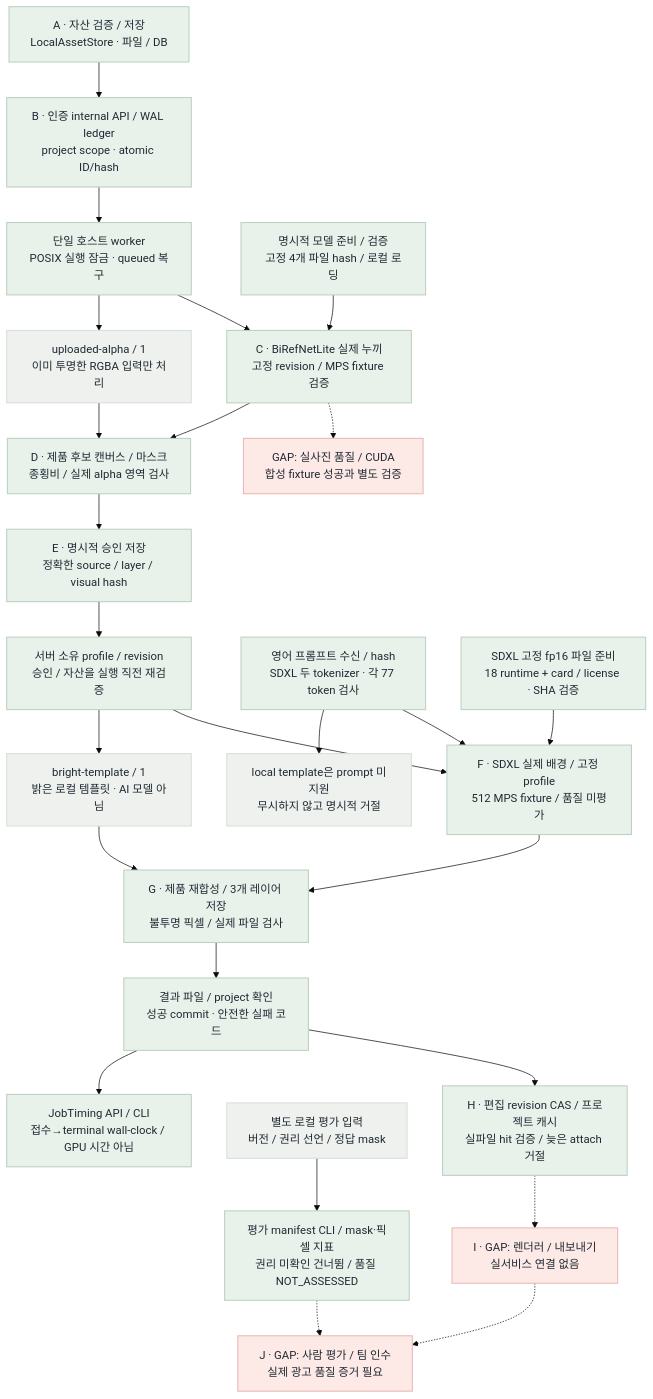
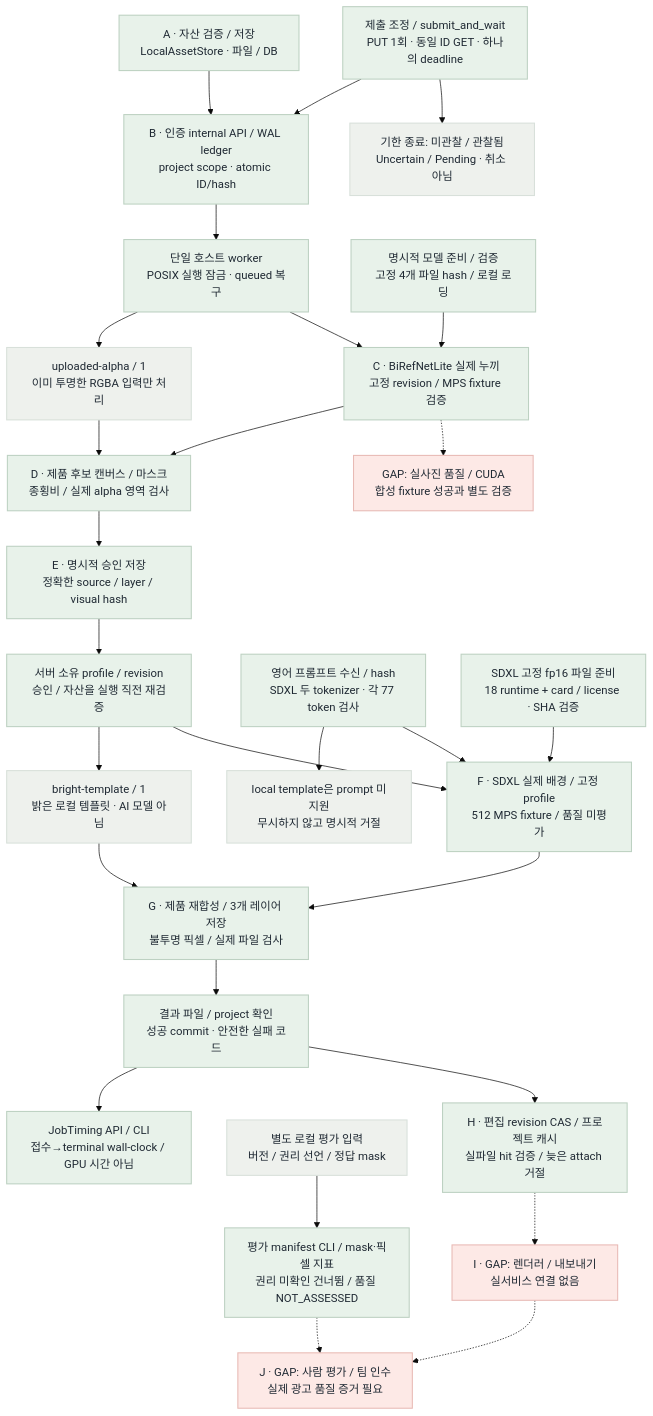
Before and after one commit to uyt5041-lab/beauty-ai-models: the second of 2 diagrams in fivecircles/architecture/spec/image-runtime-flow.md, drawn with Mermaid (base theme). The commit also changed other lines of this file and 20 other files, not shown here.

````diff
--- a/fivecircles/architecture/spec/image-runtime-flow.md
+++ b/fivecircles/architecture/spec/image-runtime-flow.md
@@ -39,42 +39,46 @@
 ```mermaid
 flowchart TB
     A["A · 자산 검증 / 저장<br/>LocalAssetStore · 파일 / DB"]:::green
     B["B · 인증 internal API / WAL ledger<br/>project scope · atomic ID/hash"]:::green
+    O["제출 조정 / submit_and_wait<br/>PUT 1회 · 동일 ID GET · 하나의 deadline"]:::green
+    Y["기한 종료: 미관찰 / 관찰됨<br/>Uncertain / Pending · 취소 아님"]:::gray
     W["단일 호스트 worker<br/>POSIX 실행 잠금 · queued 복구"]:::green
     U["uploaded-alpha / 1<br/>이미 투명한 RGBA 입력만 처리"]:::gray
     C["C · BiRefNetLite 실제 누끼<br/>고정 revision / MPS fixture 검증"]:::green
     D["D · 제품 후보 캔버스 / 마스크<br/>종횡비 / 실제 alpha 영역 검사"]:::green
     E["E · 명시적 승인 저장<br/>정확한 source / layer / visual hash"]:::green
     P["서버 소유 profile / revision<br/>승인 / 자산을 실행 직전 재검증"]:::green
     T["bright-template / 1<br/>밝은 로컬 템플릿 · AI 모델 아님"]:::gray
     F["F · SDXL 실제 배경 / 고정 profile<br/>512 MPS fixture / 품질 미평가"]:::green
     G["G · 제품 재합성 / 3개 레이어 저장<br/>불투명 픽셀 / 실제 파일 검사"]:::green
     R["결과 파일 / project 확인<br/>성공 commit · 안전한 실패 코드"]:::green
     H["H · 편집 revision CAS / 프로젝트 캐시<br/>실파일 hit 검증 / 늦은 attach 거절"]:::green
     I["I · GAP: 렌더러 / 내보내기<br/>실서비스 연결 없음"]:::red
     J["J · GAP: 사람 평가 / 팀 인수<br/>실제 광고 품질 증거 필요"]:::red
     Q["영어 프롬프트 수신 / hash<br/>SDXL 두 tokenizer · 각 77 token 검사"]:::green
     X["local template은 prompt 미지원<br/>무시하지 않고 명시적 거절"]:::gray
     V["별도 로컬 평가 입력<br/>버전 / 권리 선언 / 정답 mask"]:::gray
     K["평가 manifest CLI / mask·픽셀 지표<br/>권리 미확인 건너뜀 / 품질 NOT_ASSESSED"]:::green
     L["JobTiming API / CLI<br/>접수→terminal wall-clock / GPU 시간 아님"]:::green
+    O --> B
+    O --> Y
     V --> K -.-> J
     R --> L
     Q --> X
     Q --> F
     A --> B --> W --> U --> D --> E --> P --> T --> G --> R
     S["명시적 모델 준비 / 검증<br/>고정 4개 파일 hash / 로컬 로딩"]:::green
     N["GAP: 실사진 품질 / CUDA<br/>합성 fixture 성공과 별도 검증"]:::red
     S --> C
     W --> C --> D
     C -.-> N
     S2["SDXL 고정 fp16 파일 준비<br/>18 runtime + card / license · SHA 검증"]:::green
     S2 --> F
     P --> F --> G
     R --> H -.-> I -.-> J
 classDef green fill:#e8f2ea,stroke:#bdd1c2,color:#1f2933,stroke-width:1.5px
 classDef blue fill:#e8f0f7,stroke:#c2d3e0,color:#1f2933,stroke-width:1.5px
 classDef amber fill:#fff4dc,stroke:#e7c88f,color:#1f2933,stroke-width:1.5px
 classDef red fill:#fde9e6,stroke:#e8bab5,color:#1f2933,stroke-width:1.5px
 classDef gray fill:#eef1ed,stroke:#d8e0da,color:#1f2933,stroke-width:1.5px
 ```
````
